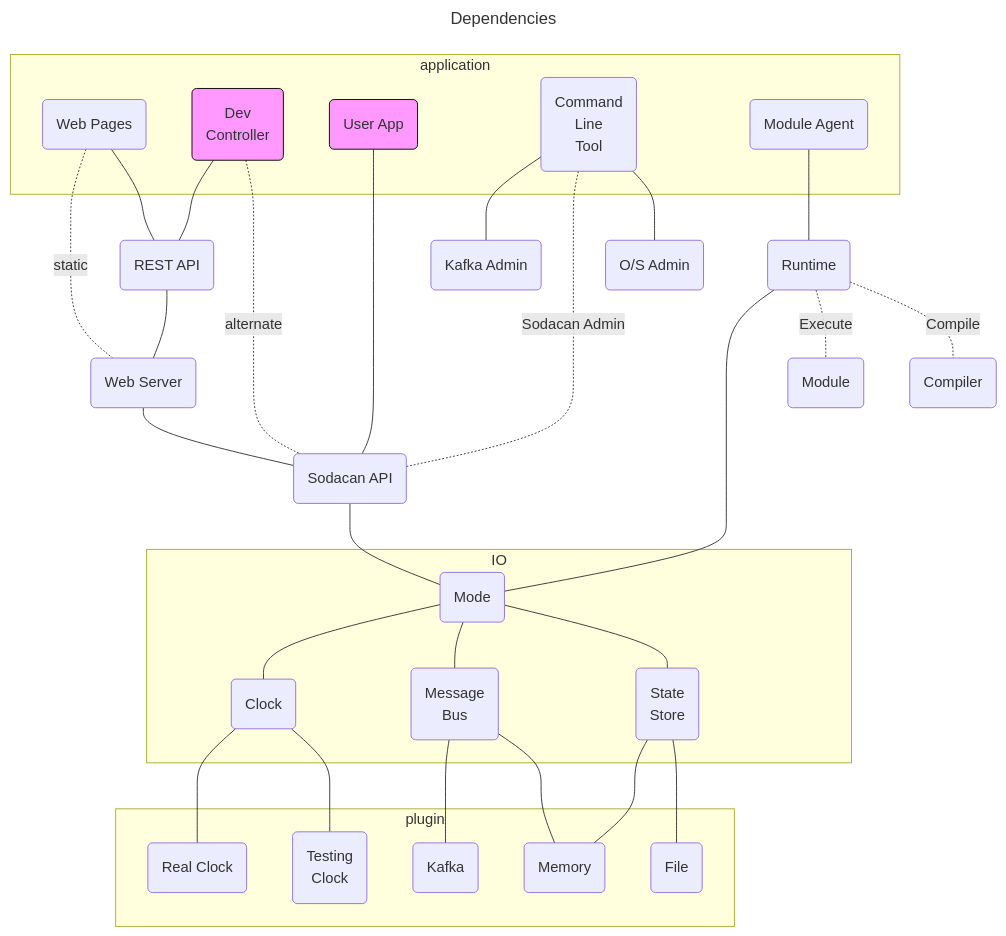
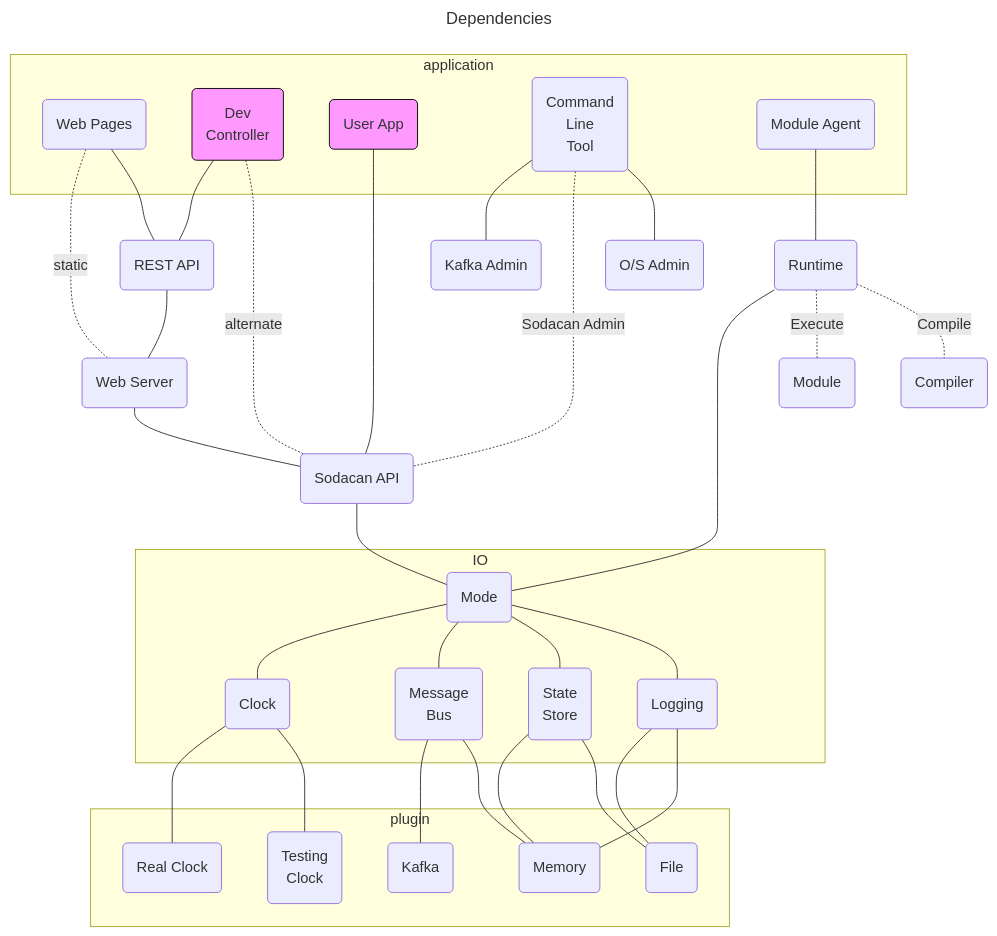
Before and after one commit to sodacan-net/sodacan-core: the fourth of 5 diagrams in docs/architecture.md, drawn with Mermaid.

Commit message:
Add Logger Plugin to Arch doc

````diff
--- a/docs/architecture.md
+++ b/docs/architecture.md
@@ -90,61 +90,65 @@
 ```mermaid
 ---
 title: Dependencies
 ---
 flowchart TB;
 subgraph application
   wp(Web Pages)
   dc(Dev<br/>Controller)
   style dc fill:#f9f,stroke:#000
   ua(User App)
   style ua fill:#f9f,stroke:#000
   cli(Command<br/>Line<br/>Tool)
   ag(Module Agent)
 end
 subgraph IO
+  log(Logging)
   mod(Mode)
   ss(State<br/>Store)
   mb(Message<br/>Bus)
   cl(Clock)
 end
 ap(Sodacan API)
 co(Compiler)
 ka(Kafka Admin)
 m(Module)
 oa(O/S Admin)
 ra(REST API)
 rt(Runtime)
 ws(Web Server)
 cli --- ka
 cli -.Sodacan Admin.- ap
 cli --- oa
 ag --- rt
 ap --- mod
 rt --- mod
 rt -.Execute.- m
 rt -.Compile.- co
 mod --- cl
 mod --- mb
 ra --- ws
 ws --- ap
 ua --- ap
 dc --- ra
 dc -.alternate.- ap
 wp -.static.- ws
 wp --- ra
 mb --- k
 cl --- rtc
 cl --- tc
 mod --- ss
 ss --- mem
 mb --- mem
 ss --- f
+mod --- log
+log --- f
+log --- mem
 subgraph plugin
   f(File)
   k(Kafka)
   tc(Testing<br/>Clock)
   rtc(Real Clock)
   mem(Memory)
 end
 
 ```
````
